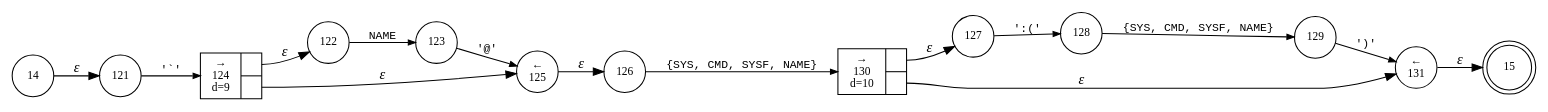
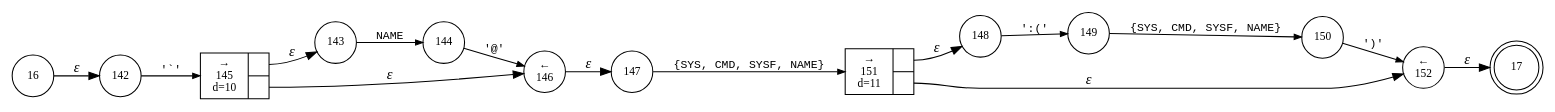
Before and after one commit to vulogov/Bund2: the diagram in internal/parser/Bund.ref_call_term.dot, drawn with Graphviz. The commit also changed 74 other files, not shown here.

```diff
--- a/internal/parser/Bund.ref_call_term.dot
+++ b/internal/parser/Bund.ref_call_term.dot
@@ -1,30 +1,30 @@
 digraph ATN {
 rankdir=LR;
-s15[fontsize=11, label="15", shape=doublecircle, fixedsize=true, width=.6];
-s128[fontsize=11,label="128", shape=circle, fixedsize=true, width=.55, peripheries=1];
-s129[fontsize=11,label="129", shape=circle, fixedsize=true, width=.55, peripheries=1];
-s130[fontsize=11,label="{&rarr;\n130\nd=10|{<p0>|<p1>}}", shape=record, fixedsize=false, peripheries=1];
-s131[fontsize=11,label="&larr;\n131", shape=circle, fixedsize=true, width=.55, peripheries=1];
-s14[fontsize=11,label="14", shape=circle, fixedsize=true, width=.55, peripheries=1];
-s121[fontsize=11,label="121", shape=circle, fixedsize=true, width=.55, peripheries=1];
-s122[fontsize=11,label="122", shape=circle, fixedsize=true, width=.55, peripheries=1];
-s123[fontsize=11,label="123", shape=circle, fixedsize=true, width=.55, peripheries=1];
-s124[fontsize=11,label="{&rarr;\n124\nd=9|{<p0>|<p1>}}", shape=record, fixedsize=false, peripheries=1];
-s125[fontsize=11,label="&larr;\n125", shape=circle, fixedsize=true, width=.55, peripheries=1];
-s126[fontsize=11,label="126", shape=circle, fixedsize=true, width=.55, peripheries=1];
-s127[fontsize=11,label="127", shape=circle, fixedsize=true, width=.55, peripheries=1];
-s14 -> s121 [fontname="Times-Italic", label="&epsilon;"];
-s121 -> s124 [fontsize=11, fontname="Courier", arrowsize=.7, label = "'`'", arrowhead = normal];
-s124:p0 -> s122 [fontname="Times-Italic", label="&epsilon;"];
-s124:p1 -> s125 [fontname="Times-Italic", label="&epsilon;"];
-s122 -> s123 [fontsize=11, fontname="Courier", arrowsize=.7, label = "NAME", arrowhead = normal];
-s125 -> s126 [fontname="Times-Italic", label="&epsilon;"];
-s123 -> s125 [fontsize=11, fontname="Courier", arrowsize=.7, label = "'@'", arrowhead = normal];
-s126 -> s130 [fontsize=11, fontname="Courier", arrowsize=.7, label = "{SYS, CMD, SYSF, NAME}", arrowhead = normal];
-s130:p0 -> s127 [fontname="Times-Italic", label="&epsilon;"];
-s130:p1 -> s131 [fontname="Times-Italic", label="&epsilon;"];
-s127 -> s128 [fontsize=11, fontname="Courier", arrowsize=.7, label = "':('", arrowhead = normal];
-s131 -> s15 [fontname="Times-Italic", label="&epsilon;"];
-s128 -> s129 [fontsize=11, fontname="Courier", arrowsize=.7, label = "{SYS, CMD, SYSF, NAME}", arrowhead = normal];
-s129 -> s131 [fontsize=11, fontname="Courier", arrowsize=.7, label = "')'", arrowhead = normal];
+s17[fontsize=11, label="17", shape=doublecircle, fixedsize=true, width=.6];
+s142[fontsize=11,label="142", shape=circle, fixedsize=true, width=.55, peripheries=1];
+s143[fontsize=11,label="143", shape=circle, fixedsize=true, width=.55, peripheries=1];
+s16[fontsize=11,label="16", shape=circle, fixedsize=true, width=.55, peripheries=1];
+s144[fontsize=11,label="144", shape=circle, fixedsize=true, width=.55, peripheries=1];
+s145[fontsize=11,label="{&rarr;\n145\nd=10|{<p0>|<p1>}}", shape=record, fixedsize=false, peripheries=1];
+s146[fontsize=11,label="&larr;\n146", shape=circle, fixedsize=true, width=.55, peripheries=1];
+s147[fontsize=11,label="147", shape=circle, fixedsize=true, width=.55, peripheries=1];
+s148[fontsize=11,label="148", shape=circle, fixedsize=true, width=.55, peripheries=1];
+s149[fontsize=11,label="149", shape=circle, fixedsize=true, width=.55, peripheries=1];
+s150[fontsize=11,label="150", shape=circle, fixedsize=true, width=.55, peripheries=1];
+s151[fontsize=11,label="{&rarr;\n151\nd=11|{<p0>|<p1>}}", shape=record, fixedsize=false, peripheries=1];
+s152[fontsize=11,label="&larr;\n152", shape=circle, fixedsize=true, width=.55, peripheries=1];
+s16 -> s142 [fontname="Times-Italic", label="&epsilon;"];
+s142 -> s145 [fontsize=11, fontname="Courier", arrowsize=.7, label = "'`'", arrowhead = normal];
+s145:p0 -> s143 [fontname="Times-Italic", label="&epsilon;"];
+s145:p1 -> s146 [fontname="Times-Italic", label="&epsilon;"];
+s143 -> s144 [fontsize=11, fontname="Courier", arrowsize=.7, label = "NAME", arrowhead = normal];
+s146 -> s147 [fontname="Times-Italic", label="&epsilon;"];
+s144 -> s146 [fontsize=11, fontname="Courier", arrowsize=.7, label = "'@'", arrowhead = normal];
+s147 -> s151 [fontsize=11, fontname="Courier", arrowsize=.7, label = "{SYS, CMD, SYSF, NAME}", arrowhead = normal];
+s151:p0 -> s148 [fontname="Times-Italic", label="&epsilon;"];
+s151:p1 -> s152 [fontname="Times-Italic", label="&epsilon;"];
+s148 -> s149 [fontsize=11, fontname="Courier", arrowsize=.7, label = "':('", arrowhead = normal];
+s152 -> s17 [fontname="Times-Italic", label="&epsilon;"];
+s149 -> s150 [fontsize=11, fontname="Courier", arrowsize=.7, label = "{SYS, CMD, SYSF, NAME}", arrowhead = normal];
+s150 -> s152 [fontsize=11, fontname="Courier", arrowsize=.7, label = "')'", arrowhead = normal];
 }
```
